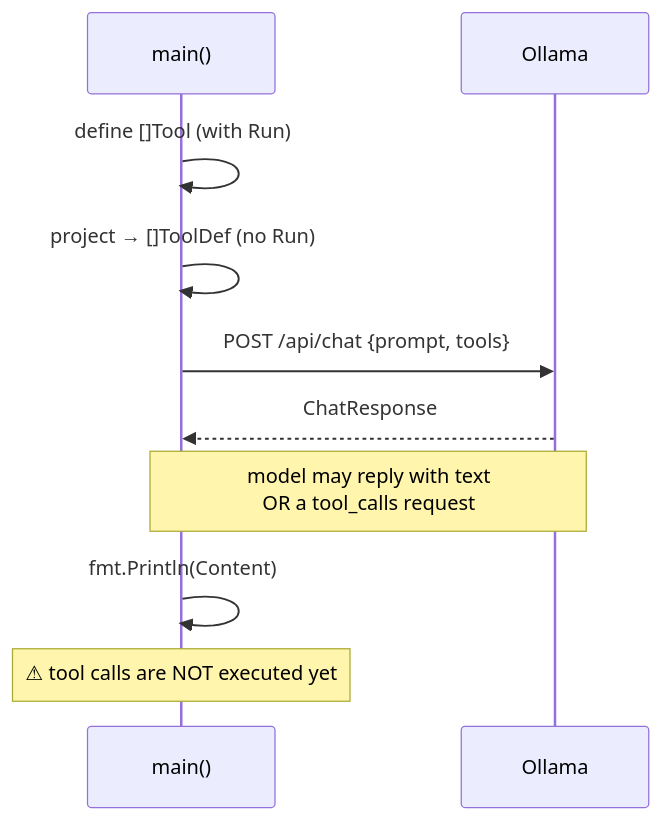
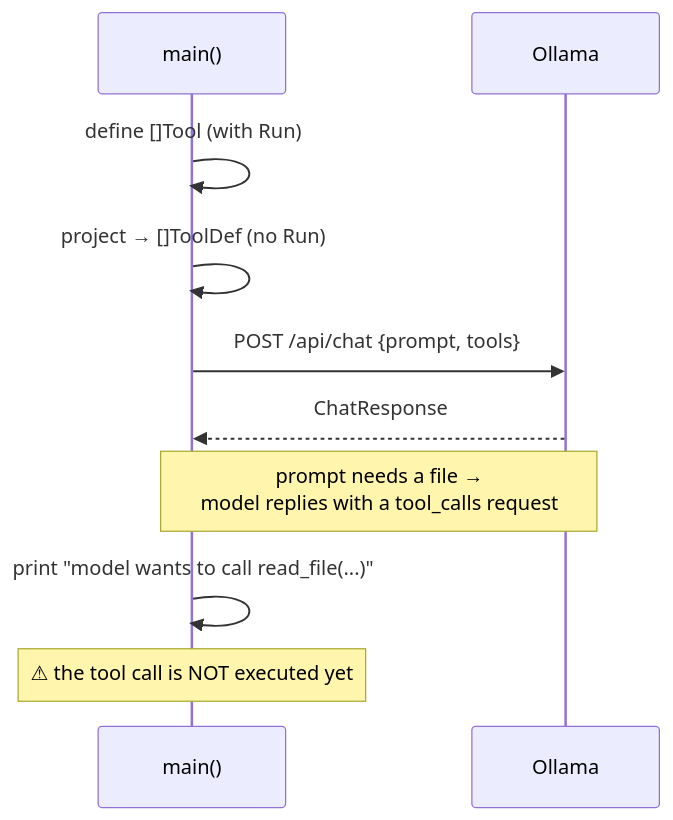
Before and after one commit to tclaudel/agent_workshop: the second of 2 diagrams in milestone-2/docs.md, drawn with Mermaid. The commit also changed other lines of this file and 10 other files, not shown here.

````diff
--- a/milestone-2/docs.md
+++ b/milestone-2/docs.md
@@ -144,13 +146,13 @@
 ```mermaid
 sequenceDiagram
     participant M as main()
     participant O as Ollama
 
     M->>M: define []Tool (with Run)
     M->>M: project → []ToolDef (no Run)
     M->>O: POST /api/chat {prompt, tools}
     O-->>M: ChatResponse
-    Note over M,O: model may reply with text<br/>OR a tool_calls request
-    M->>M: fmt.Println(Content)
-    Note over M: ⚠ tool calls are NOT executed yet
+    Note over M,O: prompt needs a file →<br/>model replies with a tool_calls request
+    M->>M: print "model wants to call read_file(...)"
+    Note over M: ⚠ the tool call is NOT executed yet
 ```
````
